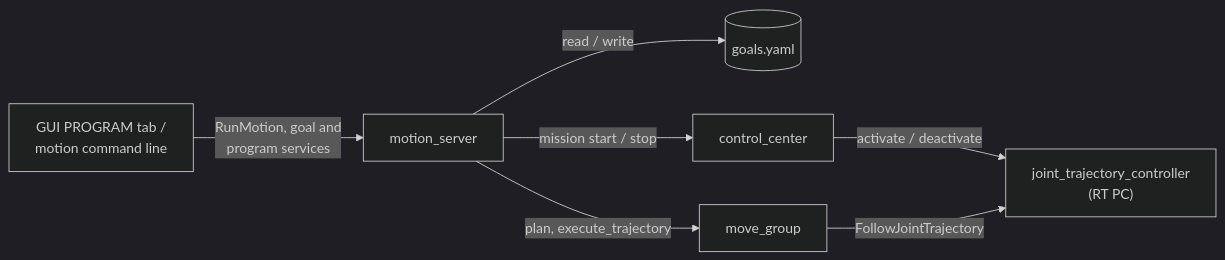
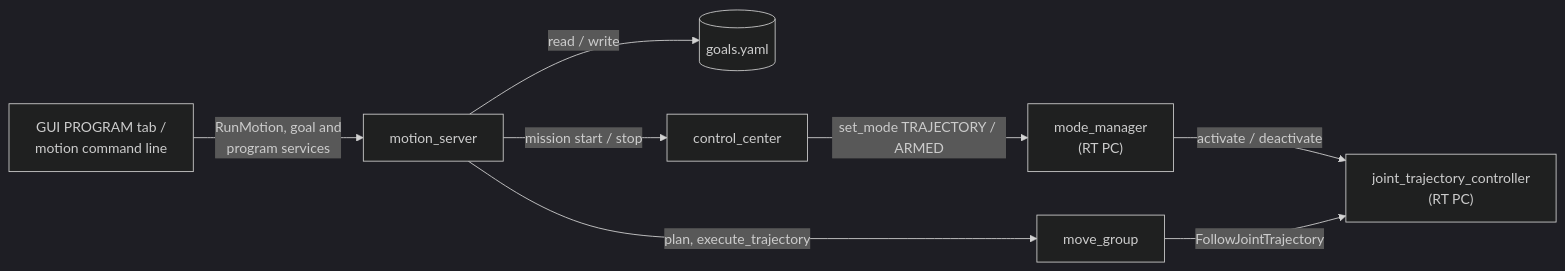
The diagram in src/robotarm_motion/README.md (ruben01egle/robotarm_core), drawn with Mermaid (dark theme) before and after one commit. The commit also changed other lines of this file and 23 other files, not shown here.

````diff
--- a/src/robotarm_motion/README.md
+++ b/src/robotarm_motion/README.md
@@ -24,9 +24,10 @@
 ```mermaid
 flowchart LR
     CLIENT["GUI PROGRAM tab /<br/>motion command line"] -- "RunMotion, goal and<br/>program services" --> MS["motion_server"]
     MS -- "read / write" --> GOALS[("goals.yaml")]
     MS -- "plan, execute_trajectory" --> MG["move_group"]
     MS -- "mission start / stop" --> CC["control_center"]
-    CC -- "activate / deactivate" --> JTC["joint_trajectory_controller<br/>(RT PC)"]
+    CC -- "set_mode TRAJECTORY / ARMED" --> MM["mode_manager<br/>(RT PC)"]
+    MM -- "activate / deactivate" --> JTC["joint_trajectory_controller<br/>(RT PC)"]
     MG -- "FollowJointTrajectory" --> JTC
 ```
````
